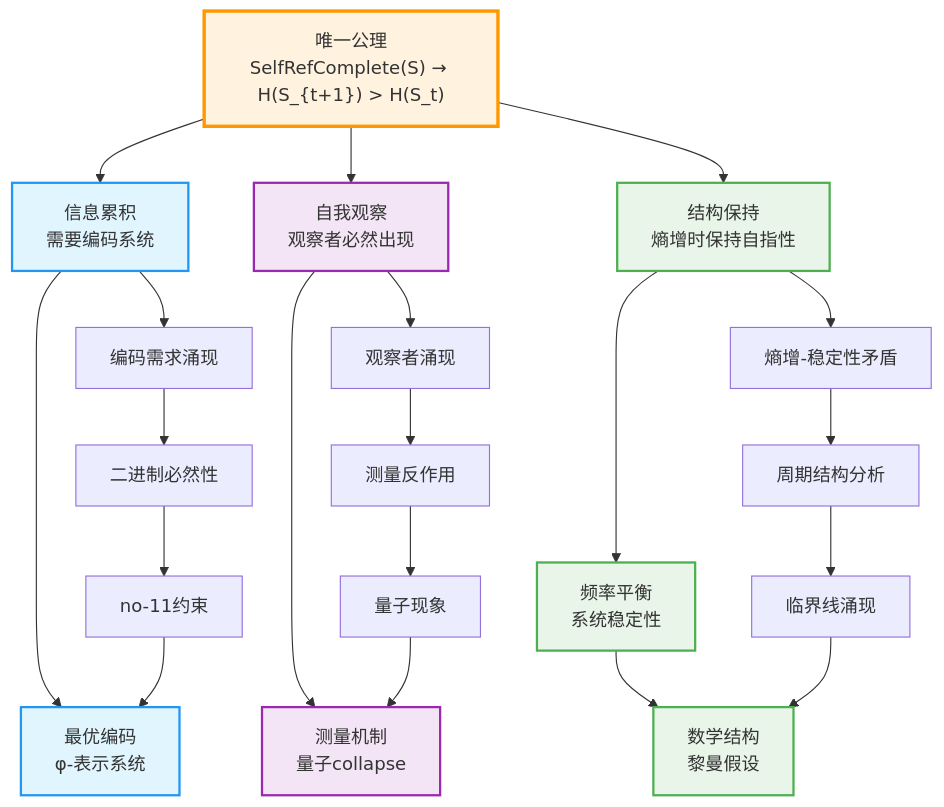
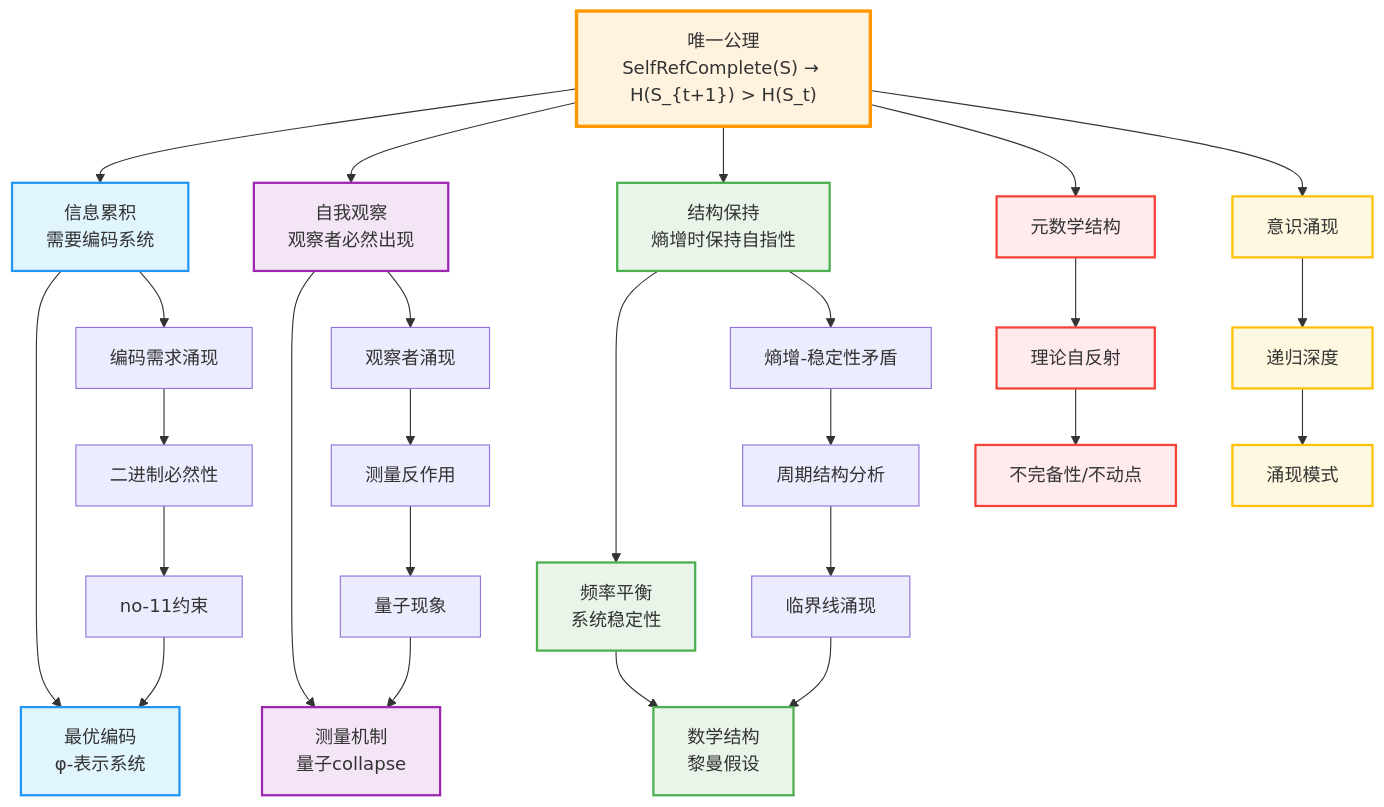
One commit to loning/the-binarymath changed the first of 4 diagrams in docs/binaryuniverse/README.md. Above: the diagram before and after it, drawn with Mermaid. The commit also changed other lines of this file and 5 other files, not shown here.

````diff
--- a/docs/binaryuniverse/README.md
+++ b/docs/binaryuniverse/README.md
@@ -178,34 +237,48 @@
 ```mermaid
 graph TD
     A["唯一公理<br/>SelfRefComplete(S) → H(S_{t+1}) > H(S_t)"] --> B["信息累积<br/>需要编码系统"]
     B --> C["最优编码<br/>φ-表示系统"]
     A --> D["自我观察<br/>观察者必然出现"]
     D --> E["测量机制<br/>量子collapse"]
     A --> H["结构保持<br/>熵增时保持自指性"]
     H --> F["频率平衡<br/>系统稳定性"]
     F --> G["数学结构<br/>黎曼假设"]
     
     B --> B1["编码需求涌现"]
     B1 --> B2["二进制必然性"]
     B2 --> B3["no-11约束"]
     B3 --> C
     
     D --> D1["观察者涌现"]
     D1 --> D2["测量反作用"]
     D2 --> D3["量子现象"]
     D3 --> E
     
     H --> H1["熵增-稳定性矛盾"]
     H1 --> H2["周期结构分析"]
     H2 --> H3["临界线涌现"]
     H3 --> G
+    
+    A --> I["元数学结构"]
+    I --> J["理论自反射"]
+    J --> K["不完备性/不动点"]
+    
+    A --> L["意识涌现"]
+    L --> M["递归深度"]
+    M --> N["涌现模式"]
 
     style A fill:#fff3e0,stroke:#ff9800,stroke-width:3px
     style B fill:#e1f5fe,stroke:#2196f3,stroke-width:2px
     style C fill:#e1f5fe,stroke:#2196f3,stroke-width:2px
     style D fill:#f3e5f5,stroke:#9c27b0,stroke-width:2px
     style E fill:#f3e5f5,stroke:#9c27b0,stroke-width:2px
     style H fill:#e8f5e8,stroke:#4caf50,stroke-width:2px
     style F fill:#e8f5e8,stroke:#4caf50,stroke-width:2px
     style G fill:#e8f5e8,stroke:#4caf50,stroke-width:2px
+    style I fill:#ffebee,stroke:#f44336,stroke-width:2px
+    style J fill:#ffebee,stroke:#f44336,stroke-width:2px
+    style K fill:#ffebee,stroke:#f44336,stroke-width:2px
+    style L fill:#fff8e1,stroke:#ffc107,stroke-width:2px
+    style M fill:#fff8e1,stroke:#ffc107,stroke-width:2px
+    style N fill:#fff8e1,stroke:#ffc107,stroke-width:2px
 ```
````
